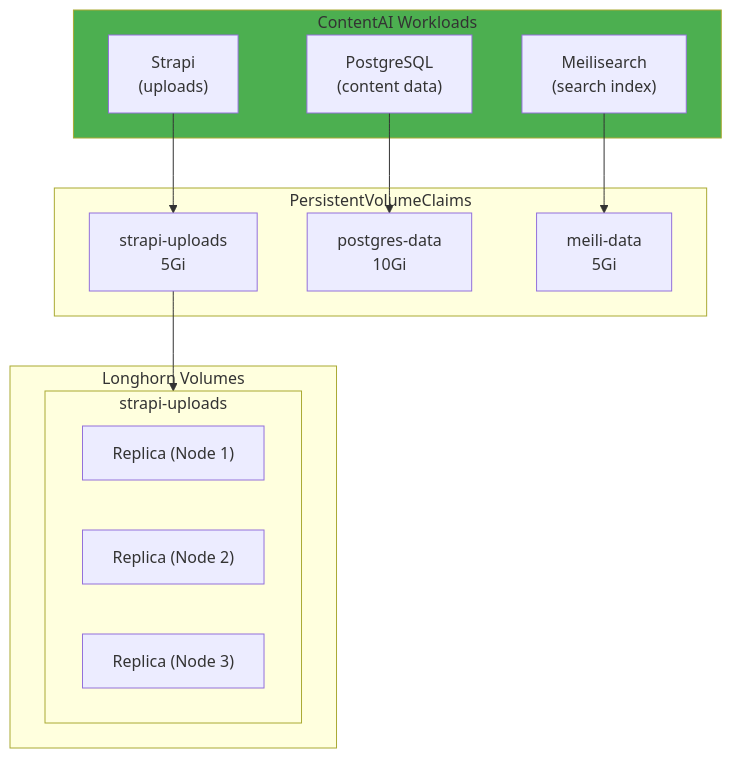
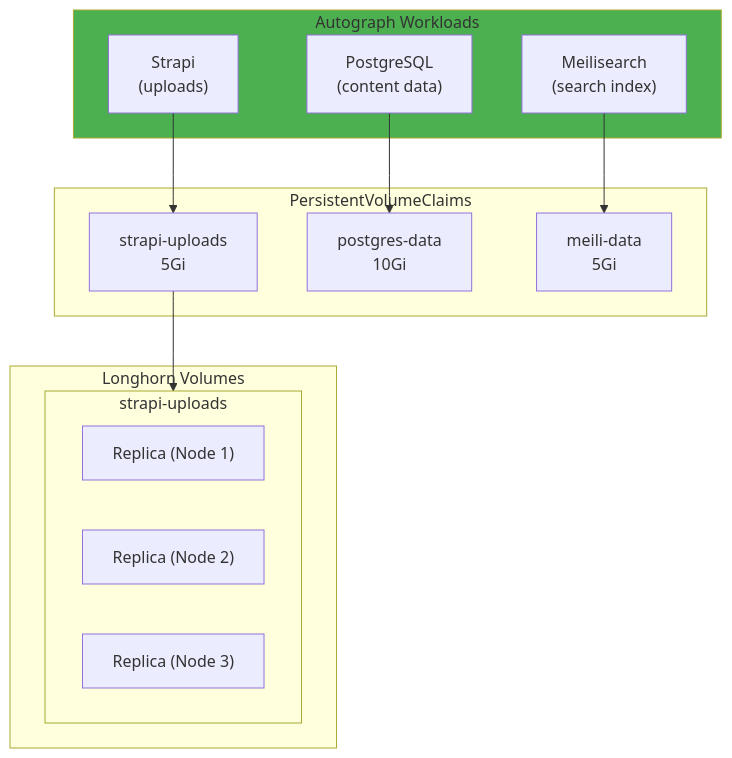
One commit to PearlThoughtsInternship/Internship-Obsidian-Vault changed the ninth of 11 diagrams in DevOps/02-Engineering/04-Container-Orchestration.md. Above: the diagram before and after it, drawn with Mermaid. The commit also changed other lines of this file and 4 other files, not shown here.

First line of the commit message:
rebrand: ContentAI → Autograph in Engineering & Platform docs

````diff
--- a/DevOps/02-Engineering/04-Container-Orchestration.md
+++ b/DevOps/02-Engineering/04-Container-Orchestration.md
@@ -571,28 +571,28 @@
 ```mermaid
 flowchart TB
-    subgraph ContentAI["ContentAI Workloads"]
+    subgraph Autograph["Autograph Workloads"]
         Strapi["Strapi\n(uploads)"]
         Postgres["PostgreSQL\n(content data)"]
         Meili["Meilisearch\n(search index)"]
     end
 
     subgraph Claims["PersistentVolumeClaims"]
         PVC1["strapi-uploads\n5Gi"]
         PVC2["postgres-data\n10Gi"]
         PVC3["meili-data\n5Gi"]
     end
 
     subgraph Longhorn["Longhorn Volumes"]
         subgraph V1["strapi-uploads"]
             R1A["Replica (Node 1)"]
             R1B["Replica (Node 2)"]
             R1C["Replica (Node 3)"]
         end
     end
 
     Strapi --> PVC1 --> V1
     Postgres --> PVC2
     Meili --> PVC3
 
-    style ContentAI fill:#4CAF50
+    style Autograph fill:#4CAF50
 ```
````
